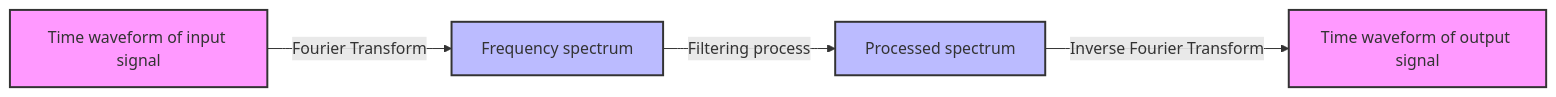
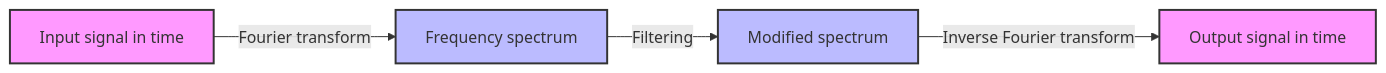
One commit to kenjinote/blog changed the diagram in content/post/fourier-series-and-transform/index.en.md. Above: the diagram before and after it, drawn with Mermaid. The commit also changed other lines of this file and 7 other files, not shown here.

````diff
--- a/content/post/fourier-series-and-transform/index.en.md
+++ b/content/post/fourier-series-and-transform/index.en.md
@@ -81,12 +94,11 @@
 ```mermaid
 flowchart LR
-    A["Time waveform of input signal"] -->|"Fourier Transform"| B["Frequency spectrum"]
-    B -->|"Filtering process"| C["Processed spectrum"]
-    C -->|"Inverse Fourier Transform"| D["Time waveform of output signal"]
-    
-    %% Node styling
+    A["Input signal in time"] -->|"Fourier transform"| B["Frequency spectrum"]
+    B -->|"Filtering"| C["Modified spectrum"]
+    C -->|"Inverse Fourier transform"| D["Output signal in time"]
+
     style A fill:#f9f,stroke:#333,stroke-width:2px
     style B fill:#bbf,stroke:#333,stroke-width:2px
     style C fill:#bbf,stroke:#333,stroke-width:2px
     style D fill:#f9f,stroke:#333,stroke-width:2px
 ```
````
